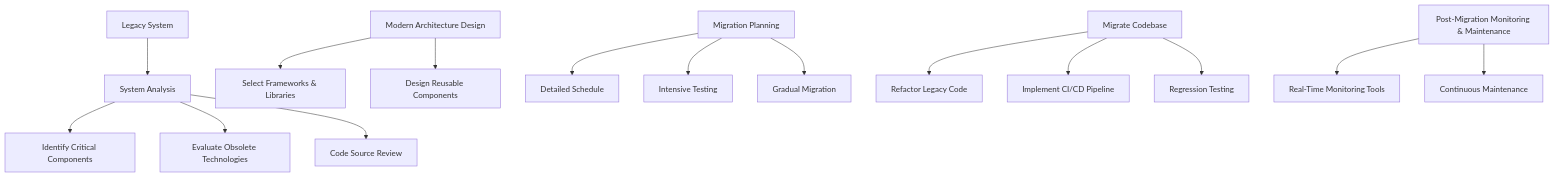
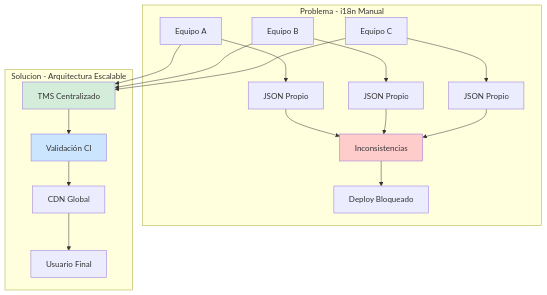
The first of 3 diagrams in 09_Frontend_Mobile/std_frontend:_internacionalización_(i18n)_con_soporte_multi-idioma_20260329_1514.md (Joaquinriosheredia/DAM-Java-Mastery), drawn with Mermaid before and after one commit. The commit also changed other lines of this file, not shown here.

````diff
--- a/09_Frontend_Mobile/std_frontend:_internacionalización_(i18n)_con_soporte_multi-idioma_20260329_1514.md
+++ b/09_Frontend_Mobile/std_frontend:_internacionalización_(i18n)_con_soporte_multi-idioma_20260329_1514.md
@@ -706,21 +66,25 @@
 ```mermaid
 graph TD
-    A[Legacy System] --> B[System Analysis]
-    B --> C[Identify Critical Components]
-    B --> D[Evaluate Obsolete Technologies]
-    B --> E[Code Source Review]
-
-    F[Modern Architecture Design] --> G[Select Frameworks & Libraries]
-    F --> H[Design Reusable Components]
-
-    I[Migration Planning] --> J[Detailed Schedule]
-    I --> K[Intensive Testing]
-    I --> L[Gradual Migration]
-
-    M[Migrate Codebase] --> N[Refactor Legacy Code]
-    M --> O[Implement CI/CD Pipeline]
-    M --> P[Regression Testing]
-
-    Q[Post-Migration Monitoring & Maintenance] --> R[Real-Time Monitoring Tools]
-    Q --> S[Continuous Maintenance]
+    subgraph "Problema - i18n Manual"
+        TEAM1[Equipo A] --> JSON1[JSON Propio]
+        TEAM2[Equipo B] --> JSON2[JSON Propio]
+        TEAM3[Equipo C] --> JSON3[JSON Propio]
+        JSON1 --> INCONSIST[Inconsistencias]
+        JSON2 --> INCONSIST
+        JSON3 --> INCONSIST
+        INCONSIST --> DEPLOY[Deploy Bloqueado]
+    end
+    
+    subgraph "Solucion - Arquitectura Escalable"
+        TEAM1 --> TMS[TMS Centralizado]
+        TEAM2 --> TMS
+        TEAM3 --> TMS
+        TMS --> VALID[Validación CI]
+        VALID --> CDN[CDN Global]
+        CDN --> USER[Usuario Final]
+    end
+    
+    style INCONSIST fill:#ffcccc
+    style TMS fill:#d4edda
+    style VALID fill:#cce5ff
 ```
````
